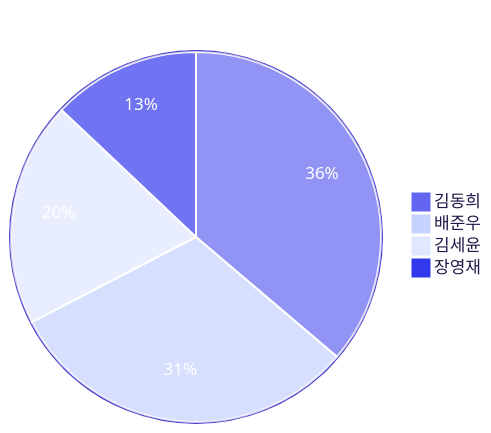
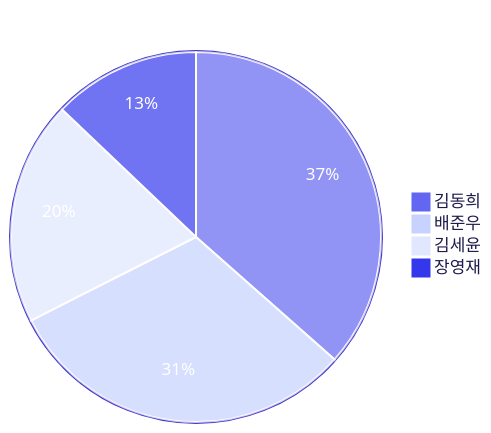
One commit to 3rd-project-team-1/ALYAC-market-team1 changed the third of 4 diagrams in README.md. Above: the diagram before and after it, drawn with Mermaid. The commit also changed other lines of this file, not shown here.

Commit message:
docs: 커밋 활동 차트 자동 업데이트 [skip ci]

````diff
--- a/README.md
+++ b/README.md
@@ -430,17 +430,17 @@
 ```mermaid
 %%{init: { 'theme': 'base', 'themeVariables': {
   'primaryColor': '#6366f1',
   'primaryTextColor': '#ffffff',
   'primaryBorderColor': '#4338ca',
   'secondaryColor': '#c7d2fe',
   'tertiaryColor': '#e0e7ff',
   'pieLegendTextColor': '#1e1b4b',
   'pieStrokeColor': '#ffffff',
   'pieOuterStrokeColor': '#4338ca'
 } } }%%
 pie title 기여자별 커밋 수
-  "김동희" : 151
+  "김동희" : 153
   "배준우" : 130
   "김세윤" : 82
   "장영재" : 54
 ```
````
